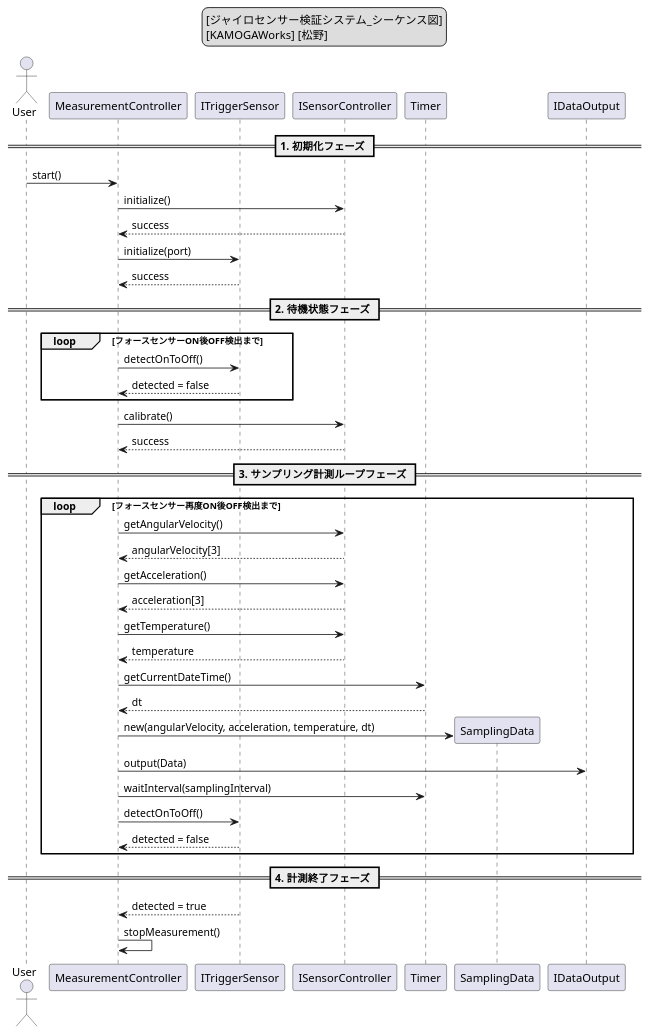
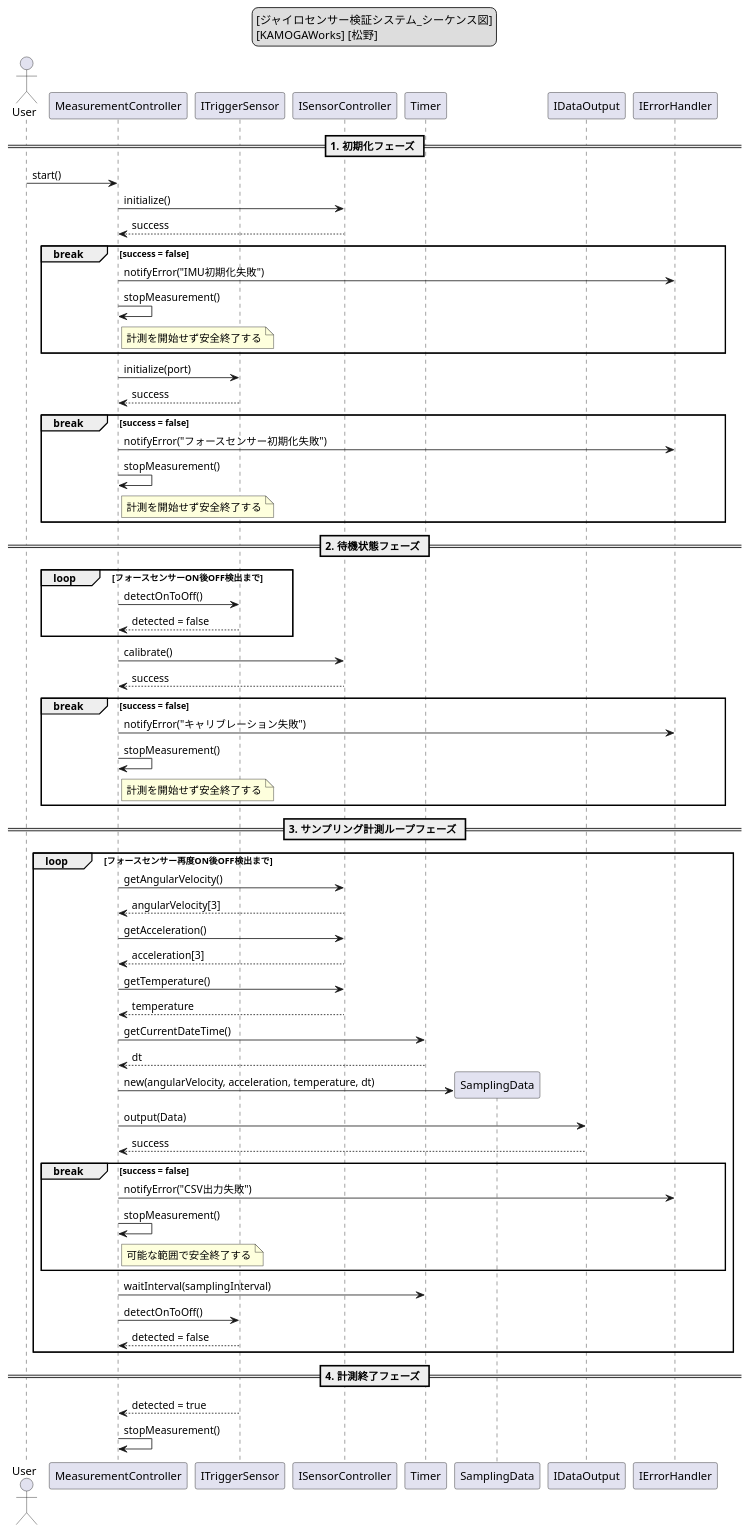
One commit to Matsuno0412/Gyro-sensor-System changed the diagram in UML/ジャイロセンサー検証システム_シーケンス図.puml. Above: the diagram before and after it, drawn with PlantUML. The commit also changed 4 other files, not shown here.

```diff
--- a/UML/ジャイロセンサー検証システム_シーケンス図.puml
+++ b/UML/ジャイロセンサー検証システム_シーケンス図.puml
@@ -1,113 +1,149 @@
 @startuml ジャイロセンサー検証システム_シーケンス図
 
 legend top
 [ジャイロセンサー検証システム_シーケンス図]
 [KAMOGAWorks] [松野]
 endlegend
 
 actor User
 
 ' クラス図の依存関係に準拠したライフライン定義
 participant "MeasurementController" as MC
 participant "ITriggerSensor" as FS
 participant "ISensorController" as Sensor
 participant "Timer" as Timer
 participant "SamplingData" as Data
 participant "IDataOutput" as Output
+participant "IErrorHandler" as Error
 
 ' =========================================================
 ' 1. 初期化フェーズ
 ' =========================================================
 == 1. 初期化フェーズ ==
 
 ' 開発者がシステムを起動。MeasurementControllerが制御を開始する。
 User -> MC : start()
 
 ' ISensorControllerインターフェースを介してIMUを初期化。
 ' 実装クラス(GyroSensorController)のSPIKE-RT API依存を隠蔽する。
 MC -> Sensor : initialize()
 Sensor --> MC : success
 
+break success = false
+    MC -> Error : notifyError("IMU初期化失敗")
+    MC -> MC : stopMeasurement()
+    note right of MC
+      計測を開始せず安全終了する
+    end note
+end
+
 ' ITriggerSensorインターフェースを介してフォースセンサーを初期化。
 MC -> FS : initialize(port)
 FS --> MC : success
+
+break success = false
+    MC -> Error : notifyError("フォースセンサー初期化失敗")
+    MC -> MC : stopMeasurement()
+    note right of MC
+      計測を開始せず安全終了する
+    end note
+end
 
 ' =========================================================
 ' 2. 待機状態フェーズ
 ' =========================================================
 == 2. 待機状態フェーズ ==
 
 ' 内部メソッド waitForTrigger() の処理に対応。
 ' フォースセンサーがON後OFFになるまでブロッキング（またはループ監視）する。
 loop フォースセンサーON後OFF検出まで
     MC -> FS : detectOnToOff()
     FS --> MC : detected = false
 end
 
 ' 計測開始トリガーを検知したため、
 ' 計測開始前に静止状態でキャリブレーションを実行する。
 MC -> Sensor : calibrate()
 Sensor --> MC : success
 
+break success = false
+    MC -> Error : notifyError("キャリブレーション失敗")
+    MC -> MC : stopMeasurement()
+    note right of MC
+      計測を開始せず安全終了する
+    end note
+end
+
 ' =========================================================
 ' 3. サンプリング計測ループフェーズ
 ' =========================================================
 == 3. サンプリング計測ループフェーズ ==
 
 ' 内部メソッド runMeasurementLoop() の処理に対応。
 ' フォースセンサーが再度ON後OFFになるまで、
 ' samplingInterval に基づく周期でリアルタイム処理を行う。
 loop フォースセンサー再度ON後OFF検出まで
 
     ' --- センサーデータ取得 ---
     ' 各種SPIKE-RT IMU APIから生データを取得する。
+    ' 異常値が含まれても除外や補正は行わない。
 
     MC -> Sensor : getAngularVelocity()
     Sensor --> MC : angularVelocity[3]
 
     MC -> Sensor : getAcceleration()
     Sensor --> MC : acceleration[3]
 
     MC -> Sensor : getTemperature()
     Sensor --> MC : temperature
 
     ' --- 時刻情報の取得 ---
     ' CSVの1項目目(datetime)となる現在日時をTimerクラスから取得。
     MC -> Timer : getCurrentDateTime()
     Timer --> MC : dt
 
     ' --- データカプセル化 ---
     ' 1回分のサンプリング結果を保持する使い捨てのデータオブジェクトを生成。
     ' システム側でのノイズ除去や温度補正は行わず、生データをそのまま格納する。
     create Data
     MC -> Data : new(angularVelocity, acceleration, temperature, dt)
 
     ' --- リアルタイム出力 ---
     ' IDataOutputインターフェースを介してデータを出力。
     ' 実装クラス(CsvDataOutput)が標準出力へCSV形式でリアルタイム表示を行う。
     MC -> Output : output(Data)
+    Output --> MC : success
+
+    break success = false
+        MC -> Error : notifyError("CSV出力失敗")
+        MC -> MC : stopMeasurement()
+        note right of MC
+          可能な範囲で安全終了する
+        end note
+    end
 
     ' --- 周期制御 ---
     ' samplingInterval に基づき次回サンプリングまで待機する。
+    ' 100ms周期を超過しても異常終了せず、取得できたデータの出力を継続する。
     MC -> Timer : waitInterval(samplingInterval)
 
     ' --- 継続判定 ---
     ' ループ終端で再度フォースセンサー状態を確認する。
     MC -> FS : detectOnToOff()
     FS --> MC : detected = false
 
 end
 
 ' =========================================================
 ' 4. 計測終了フェーズ
 ' =========================================================
 == 4. 計測終了フェーズ ==
 
 ' フォースセンサー再度ON後OFFを検知したため計測終了。
 FS --> MC : detected = true
 
 ' stopMeasurement() を呼び出し、
 ' 内部状態(isMeasuring)更新などの終了処理を実施する。
 MC -> MC : stopMeasurement()
 
 @enduml
```
